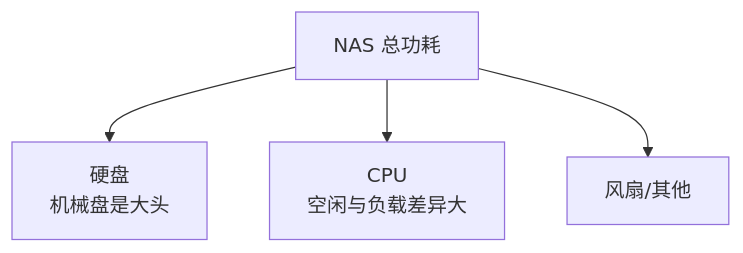
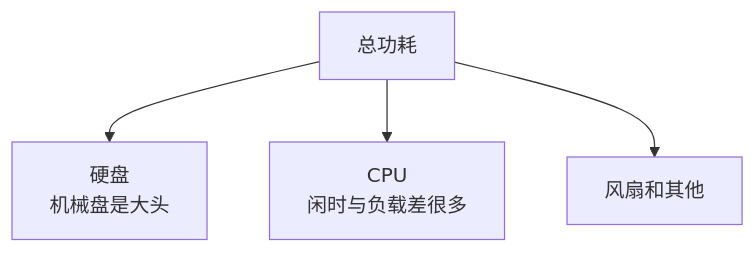
One commit to cv-superding/nas-guide changed the first of 2 diagrams in docs/08-进阶主题/8.4-能耗优化.md. Above: the diagram before and after it, drawn with Mermaid. The commit also changed other lines of this file and 4 other files, not shown here.

````diff
--- a/docs/08-进阶主题/8.4-能耗优化.md
+++ b/docs/08-进阶主题/8.4-能耗优化.md
@@ -17,6 +21,6 @@
 ```mermaid
 flowchart TD
-    A[NAS 总功耗] --> B[硬盘<br/>机械盘是大头]
-    A --> C[CPU<br/>空闲与负载差异大]
-    A --> D[风扇/其他]
+    A[总功耗] --> B[硬盘<br/>机械盘是大头]
+    A --> C[CPU<br/>闲时与负载差很多]
+    A --> D[风扇和其他]
 ```
````
